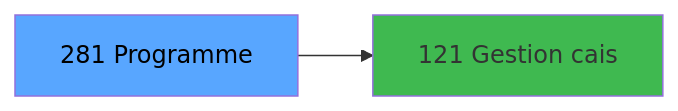
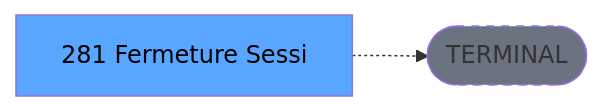
Before and after one commit to thonyAGP/lecteur-magic: the third of 3 diagrams in .openspec/renders/ADH-IDE-281.md, drawn with Mermaid. The commit also changed other lines of this file and 701 other files, not shown here.

````diff
--- a/.openspec/renders/ADH-IDE-281.md
+++ b/.openspec/renders/ADH-IDE-281.md
@@ -124,8 +135,8 @@
 ```mermaid
 graph LR
-    T[281 Programme]
-    C121[121 Gestion cais]
-    T --> C121
+    T[281 Fermeture Sessi]
+    TERM([TERMINAL])
+    T -.-> TERM
+    style TERM fill:#6b7280,stroke-dasharray: 5 5
     style T fill:#58a6ff,color:#000
-    style C121 fill:#3fb950
 ```
````
